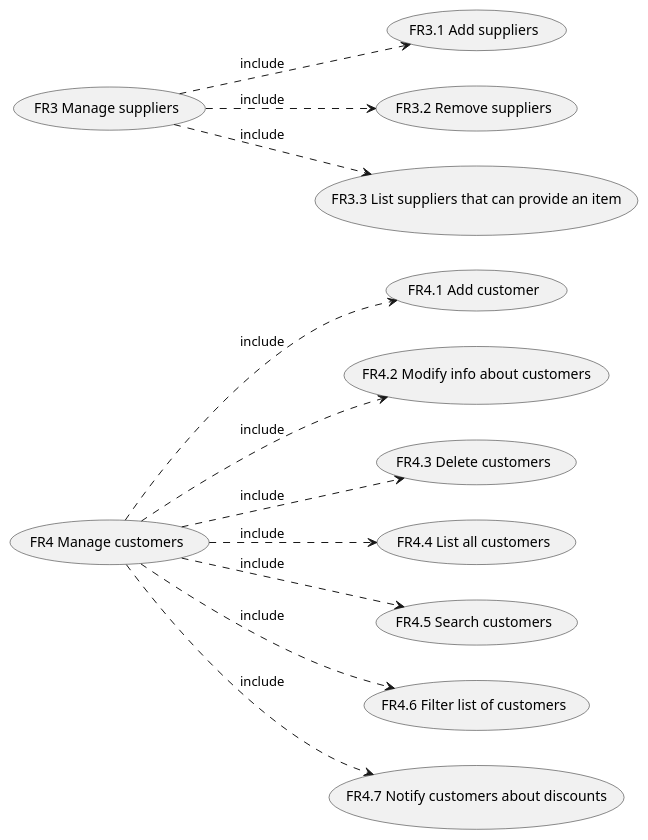
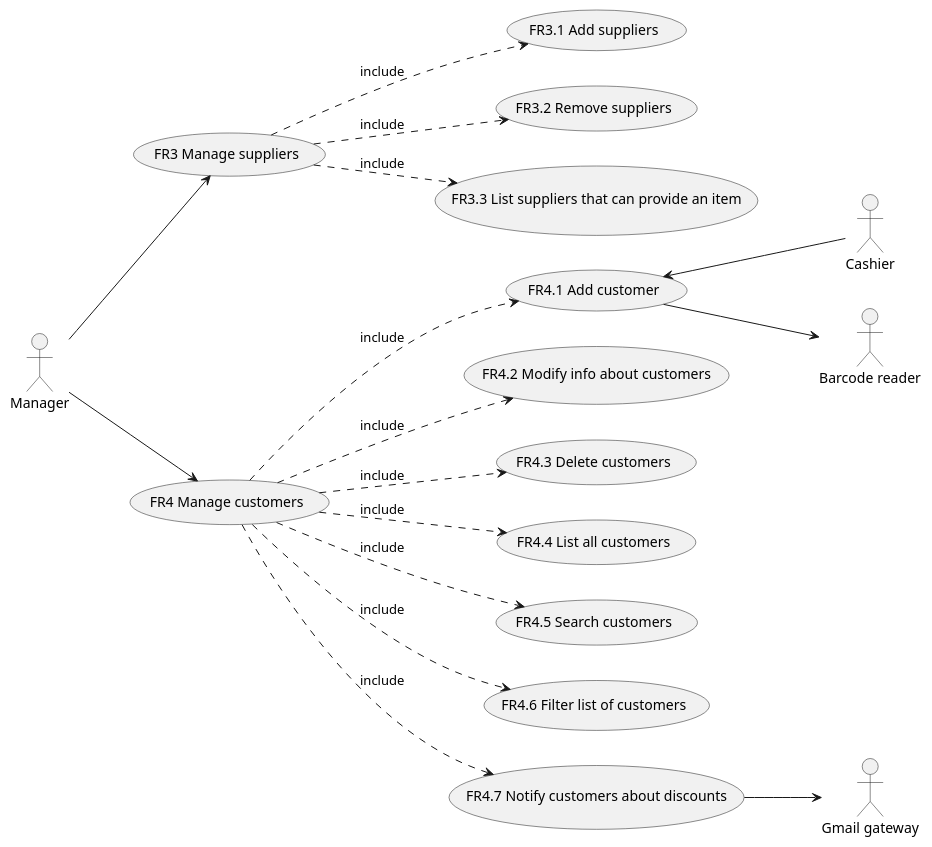
One commit to giuseppesalvi/ezshop changed the fourth of 6 diagrams in Deliverables/RequirementsDocument.md. Above: the diagram before and after it, drawn with PlantUML. The commit also changed other lines of this file, not shown here.

Commit message:
Update RequirementsDocument.md added actors to in detail use case diagram

````diff
--- a/Deliverables/RequirementsDocument.md
+++ b/Deliverables/RequirementsDocument.md
@@ -218,13 +226,21 @@
 ```plantuml
 left to right direction
+(FR3 Manage suppliers) .down.> (FR3.1 Add suppliers) :include
+(FR3 Manage suppliers) .down.> (FR3.2 Remove suppliers) :include
+(FR3 Manage suppliers) .down.> (FR3.3 List suppliers that can provide an item) :include
 (FR4 Manage customers) .down.> (FR4.1 Add customer) :include
 (FR4 Manage customers) .down.> (FR4.2 Modify info about customers) :include
 (FR4 Manage customers) .down.> (FR4.3 Delete customers) :include
 (FR4 Manage customers) .down.> (FR4.4 List all customers) :include
 (FR4 Manage customers) .down.> (FR4.5 Search customers) :include
 (FR4 Manage customers) .down.> (FR4.6 Filter list of customers) :include
 (FR4 Manage customers) .down.> (FR4.7 Notify customers about discounts) :include
-(FR3 Manage suppliers) .down.> (FR3.1 Add suppliers) :include
-(FR3 Manage suppliers) .down.> (FR3.2 Remove suppliers) :include
-(FR3 Manage suppliers) .down.> (FR3.3 List suppliers that can provide an item) :include
+
+
+:Manager: --> (FR3 Manage suppliers)
+:Manager: --> (FR4 Manage customers)
+(FR4.1 Add customer) <-- :Cashier:
+(FR4.7 Notify customers about discounts) --> :Gmail gateway:
+(FR4.1 Add customer) --> :Barcode reader:
+  
 ```
````
